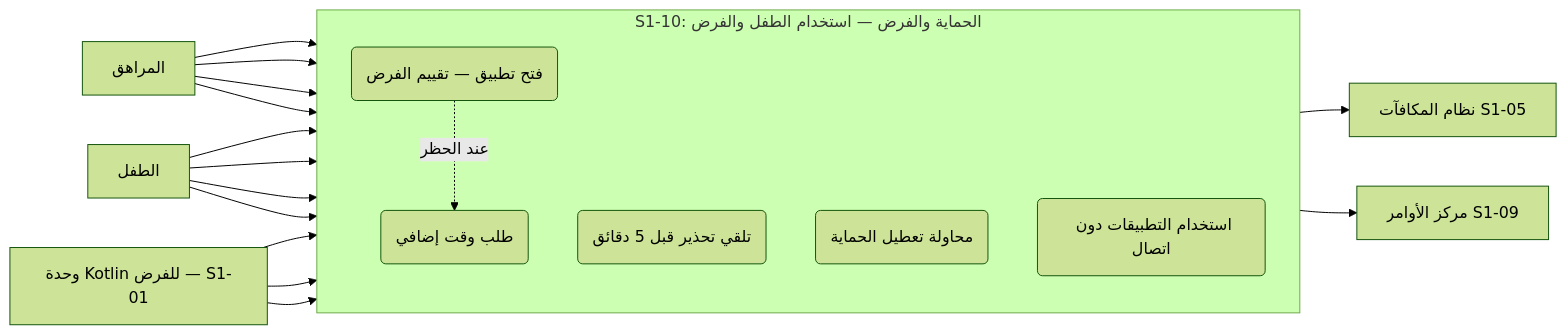
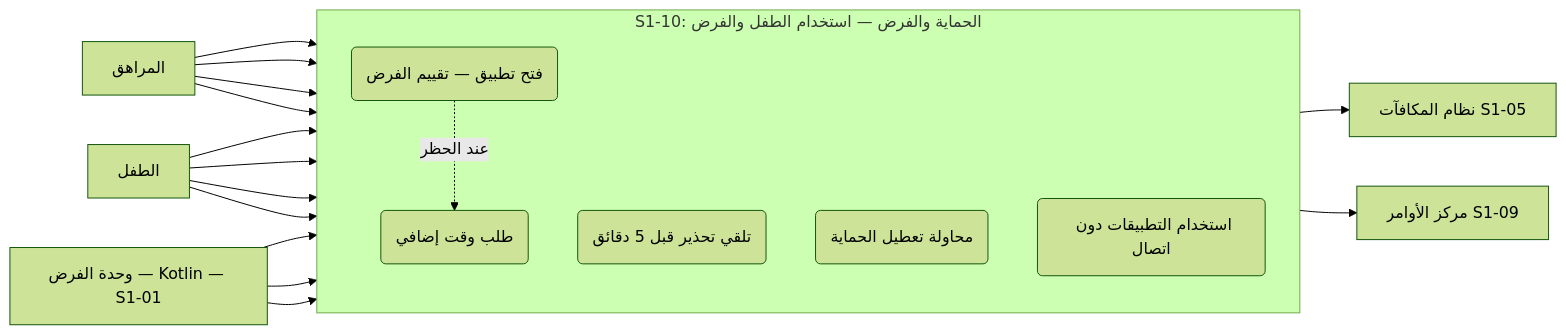
One commit to Bassam-mohammed-alqaeadi/family-os-v2 changed the second of 45 diagrams in docs/family-os/governance/phases/phase-1/S1-10-protection-and-enforcement/DIAGRAMS.md. Above: the diagram before and after it, drawn with Mermaid (forest theme). The commit also changed other lines of this file, not shown here.

````diff
--- a/docs/family-os/governance/phases/phase-1/S1-10-protection-and-enforcement/DIAGRAMS.md
+++ b/docs/family-os/governance/phases/phase-1/S1-10-protection-and-enforcement/DIAGRAMS.md
@@ -93,32 +93,32 @@
 ```mermaid
 flowchart LR
     Teen[المراهق]
     Child[الطفل]
-    Kotlin[وحدة Kotlin للفرض — S1-01]
+    Kotlin[وحدة الفرض — Kotlin — S1-01]
     S105[نظام المكافآت S1-05]
     S109[مركز الأوامر S1-09]
 
     subgraph S110 [S1-10: الحماية والفرض — استخدام الطفل والفرض]
         direction TB
         UC6(فتح تطبيق — تقييم الفرض)
         UC7(طلب وقت إضافي)
         UC8(تلقي تحذير قبل 5 دقائق)
         UC9(محاولة تعطيل الحماية)
         UC10(استخدام التطبيقات دون اتصال)
     end
 
     Teen --> UC6
     Teen --> UC7
     Teen --> UC8
     Teen --> UC10
     Child --> UC6
     Child --> UC7
     Child --> UC8
     Child --> UC10
     Kotlin --> UC6
     Kotlin --> UC9
     Kotlin --> UC10
     UC6 -.->|عند الحظر| UC7
     UC7 --> S105
     UC9 --> S109
 ```
````
